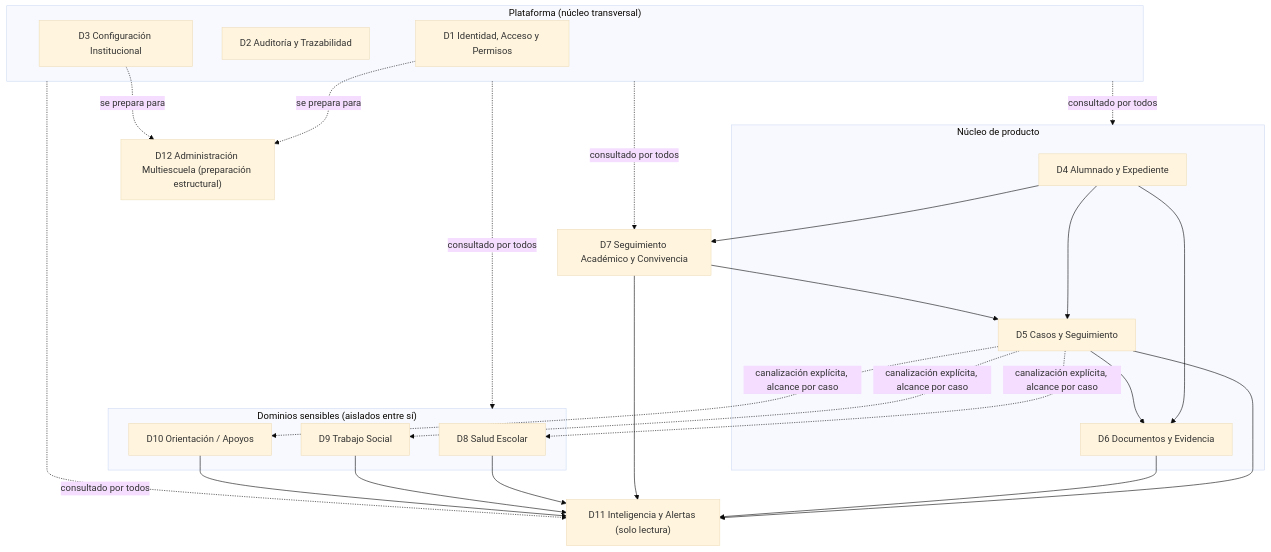
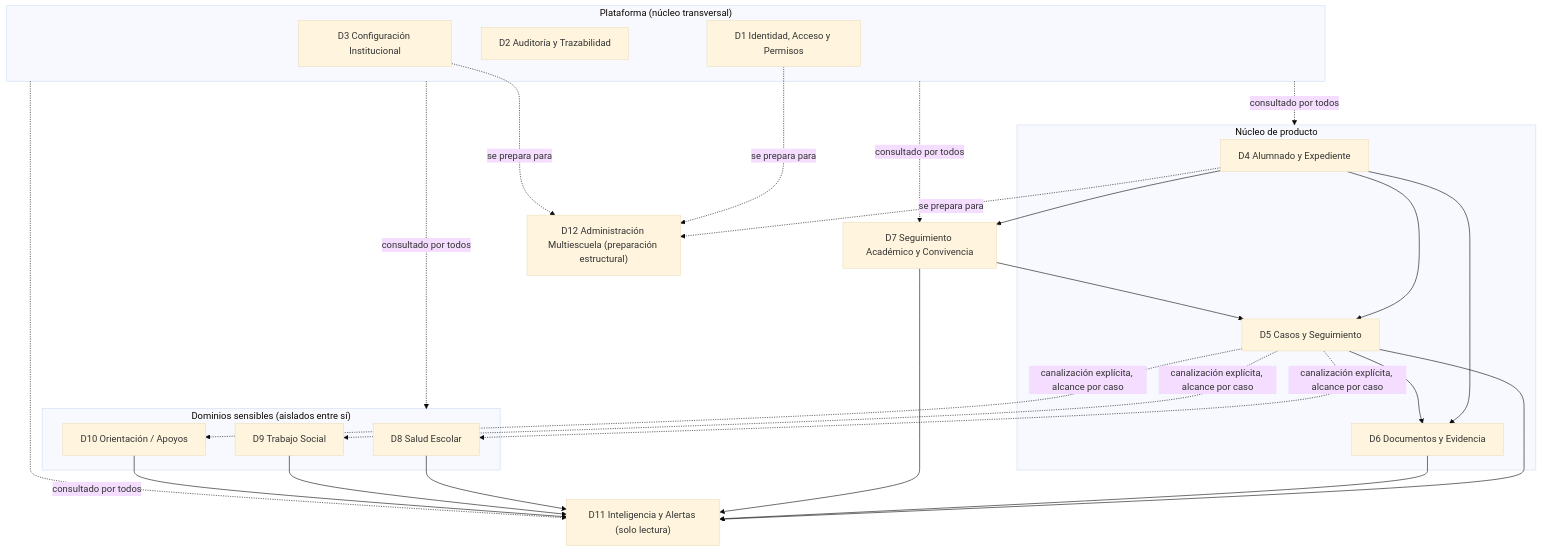
The first of 2 diagrams in docs/architecture/LOGICAL_ARCHITECTURE.md (cyberbod2025/SASE-ZERO), drawn with Mermaid (base theme) before and after one commit. The commit also changed other lines of this file, not shown here.

````diff
--- a/docs/architecture/LOGICAL_ARCHITECTURE.md
+++ b/docs/architecture/LOGICAL_ARCHITECTURE.md
@@ -80,49 +80,50 @@
 ```mermaid
 graph TD
     subgraph PLATAFORMA["Plataforma (núcleo transversal)"]
         D1["D1 Identidad, Acceso y Permisos"]
         D2["D2 Auditoría y Trazabilidad"]
         D3["D3 Configuración Institucional"]
     end
 
     subgraph NUCLEO["Núcleo de producto"]
         D4["D4 Alumnado y Expediente"]
         D5["D5 Casos y Seguimiento"]
         D6["D6 Documentos y Evidencia"]
     end
 
     D7["D7 Seguimiento Académico y Convivencia"]
 
     subgraph SENSIBLES["Dominios sensibles (aislados entre sí)"]
         D8["D8 Salud Escolar"]
         D9["D9 Trabajo Social"]
         D10["D10 Orientación / Apoyos"]
     end
 
     D11["D11 Inteligencia y Alertas (solo lectura)"]
     D12["D12 Administración Multiescuela (preparación estructural)"]
 
     D4 --> D5
     D4 --> D6
     D4 --> D7
     D5 --> D6
     D7 --> D5
 
     D5 -. canalización explícita, alcance por caso .-> D8
     D5 -. canalización explícita, alcance por caso .-> D9
     D5 -. canalización explícita, alcance por caso .-> D10
 
     D5 --> D11
     D6 --> D11
     D7 --> D11
     D8 --> D11
     D9 --> D11
     D10 --> D11
 
     PLATAFORMA -. consultado por todos .-> NUCLEO
     PLATAFORMA -. consultado por todos .-> D7
     PLATAFORMA -. consultado por todos .-> SENSIBLES
     PLATAFORMA -. consultado por todos .-> D11
     D1 -. se prepara para .-> D12
     D3 -. se prepara para .-> D12
+    D4 -. se prepara para .-> D12
 ```
````
